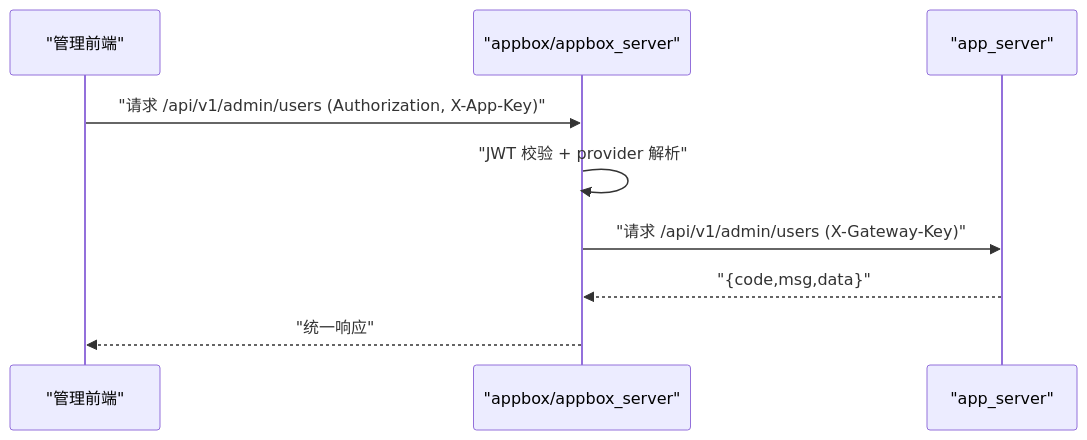
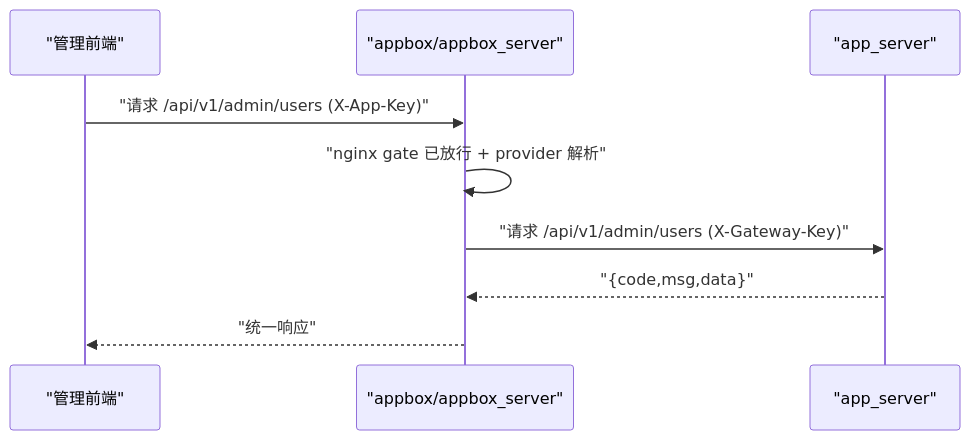
The first of 4 diagrams in docs/features/server/app_server_integration_guide.md (darren-you/app_box), drawn with Mermaid before and after one commit. The commit also changed other lines of this file and 32 other files, not shown here.

````diff
--- a/docs/features/server/app_server_integration_guide.md
+++ b/docs/features/server/app_server_integration_guide.md
@@ -16,12 +16,12 @@
 ```mermaid
 sequenceDiagram
     participant FE as "管理前端"
     participant GW as "appbox/appbox_server"
     participant APP as "app_server"
 
-    FE->>GW: "请求 /api/v1/admin/users (Authorization, X-App-Key)"
-    GW->>GW: "JWT 校验 + provider 解析"
+    FE->>GW: "请求 /api/v1/admin/users (X-App-Key)"
+    GW->>GW: "nginx gate 已放行 + provider 解析"
     GW->>APP: "请求 /api/v1/admin/users (X-Gateway-Key)"
     APP-->>GW: "{code,msg,data}"
     GW-->>FE: "统一响应"
 ```
````
